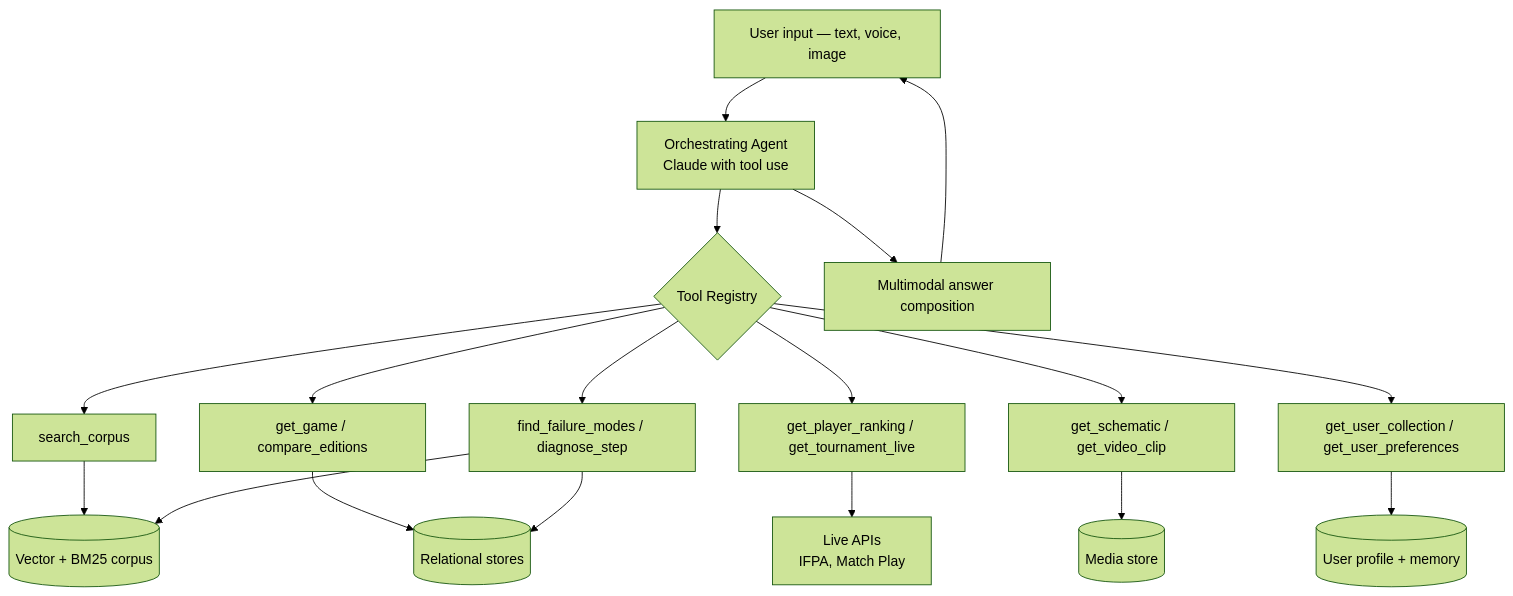
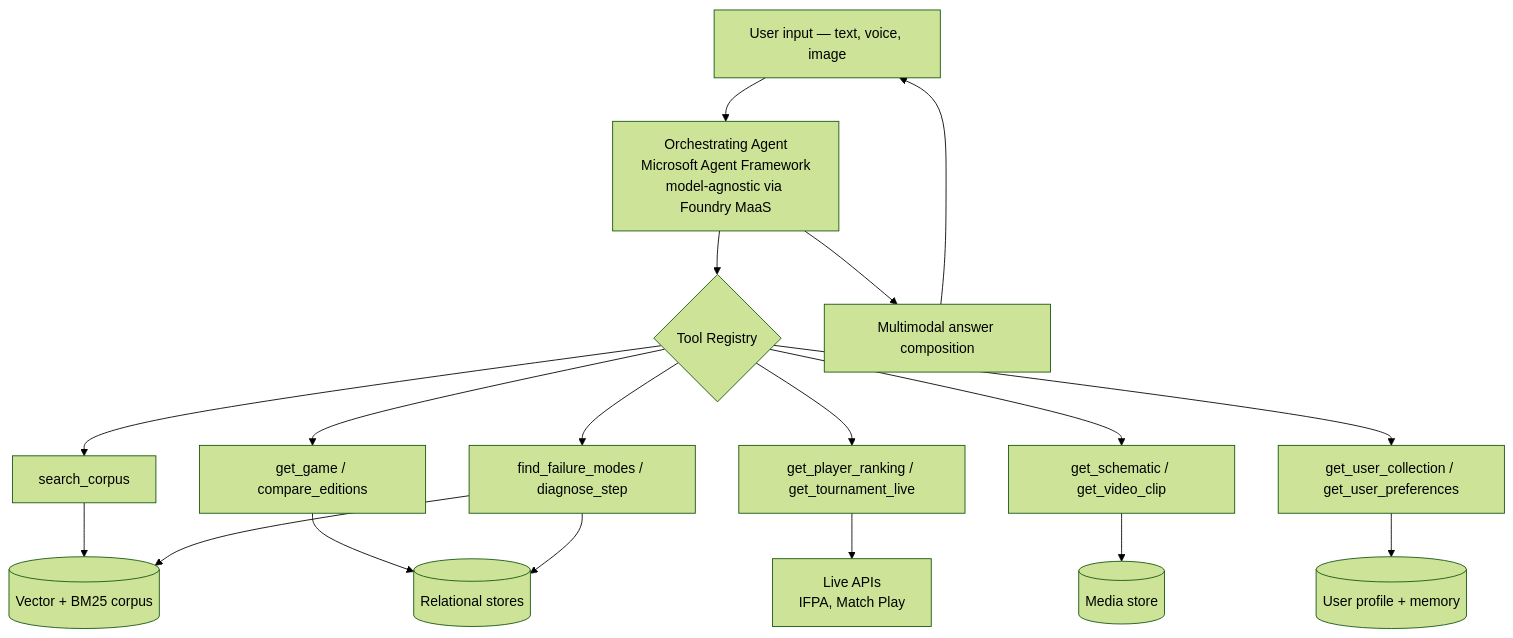
One commit to Early-Bird-Solutions-LLC/PinballWizard changed the first of 2 diagrams in docs/architecture-v2.md. Above: the diagram before and after it, drawn with Mermaid (forest theme). The commit also changed other lines of this file, not shown here.

````diff
--- a/docs/architecture-v2.md
+++ b/docs/architecture-v2.md
@@ -36,22 +36,22 @@
 ```mermaid
 graph TB
-    User[User input — text, voice, image] --> Agent[Orchestrating Agent<br/>Claude with tool use]
+    User[User input — text, voice, image] --> Agent[Orchestrating Agent<br/>Microsoft Agent Framework<br/>model-agnostic via Foundry MaaS]
     Agent --> Tools{Tool Registry}
     Tools --> CorpusSearch[search_corpus]
     Tools --> GameLookup[get_game / compare_editions]
     Tools --> PlayerLive[get_player_ranking / get_tournament_live]
     Tools --> Media[get_schematic / get_video_clip]
     Tools --> Diagnostic[find_failure_modes / diagnose_step]
     Tools --> UserCtx[get_user_collection / get_user_preferences]
 
     CorpusSearch --> RAG[(Vector + BM25 corpus)]
     GameLookup --> Structured[(Relational stores)]
     PlayerLive --> APIs[Live APIs<br/>IFPA, Match Play]
     Media --> Blob[(Media store)]
     Diagnostic --> RAG
     Diagnostic --> Structured
     UserCtx --> Memory[(User profile + memory)]
 
     Agent --> Synth[Multimodal answer composition]
     Synth --> User
 ```
````
